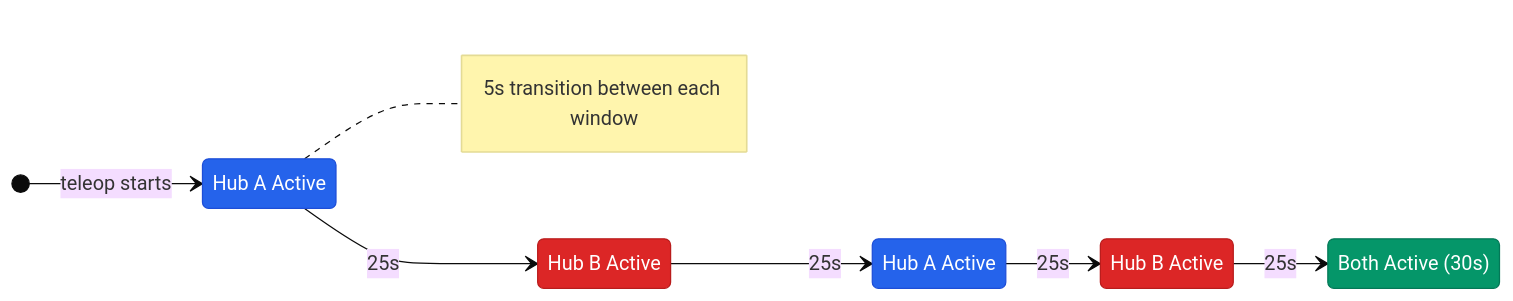
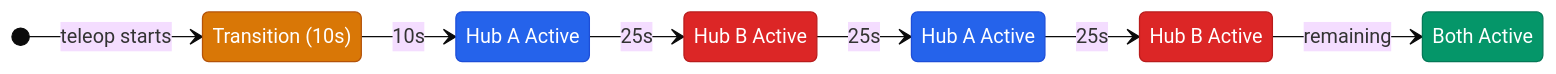
Before and after one commit to eeveemara/frc5962-2026-docs: the second of 2 diagrams in docs/architecture/fire-control-pipeline.md, drawn with Mermaid (base theme). The commit also changed other lines of this file and 19 other files, not shown here.

````diff
--- a/docs/architecture/fire-control-pipeline.md
+++ b/docs/architecture/fire-control-pipeline.md
@@ -116,25 +148,27 @@
 ```mermaid
 stateDiagram-v2
     direction LR
-    [*] --> Window1 : teleop starts
-    Window1 --> Window2 : 25s
-    Window2 --> Window3 : 25s
-    Window3 --> Window4 : 25s
-    Window4 --> Endgame : 25s
+    [*] --> Transition : teleop starts
+    Transition --> Shift1 : 10s
+    Shift1 --> Shift2 : 25s
+    Shift2 --> Shift3 : 25s
+    Shift3 --> Shift4 : 25s
+    Shift4 --> Endgame : remaining
 
-    state "Hub A Active" as Window1
-    state "Hub B Active" as Window2
-    state "Hub A Active" as Window3
-    state "Hub B Active" as Window4
-    state "Both Active (30s)" as Endgame
-
-    note right of Window1 : 5s transition between each window
+    state "Transition (10s)" as Transition
+    state "Hub A Active" as Shift1
+    state "Hub B Active" as Shift2
+    state "Hub A Active" as Shift3
+    state "Hub B Active" as Shift4
+    state "Both Active" as Endgame
 
     classDef hubA fill:#2563eb,stroke:#1d4ed8,color:#fff
     classDef hubB fill:#dc2626,stroke:#b91c1c,color:#fff
     classDef both fill:#059669,stroke:#047857,color:#fff
+    classDef trans fill:#d97706,stroke:#b45309,color:#fff
 
-    class Window1,Window3 hubA
-    class Window2,Window4 hubB
+    class Shift1,Shift3 hubA
+    class Shift2,Shift4 hubB
     class Endgame both
+    class Transition trans
 ```
````
